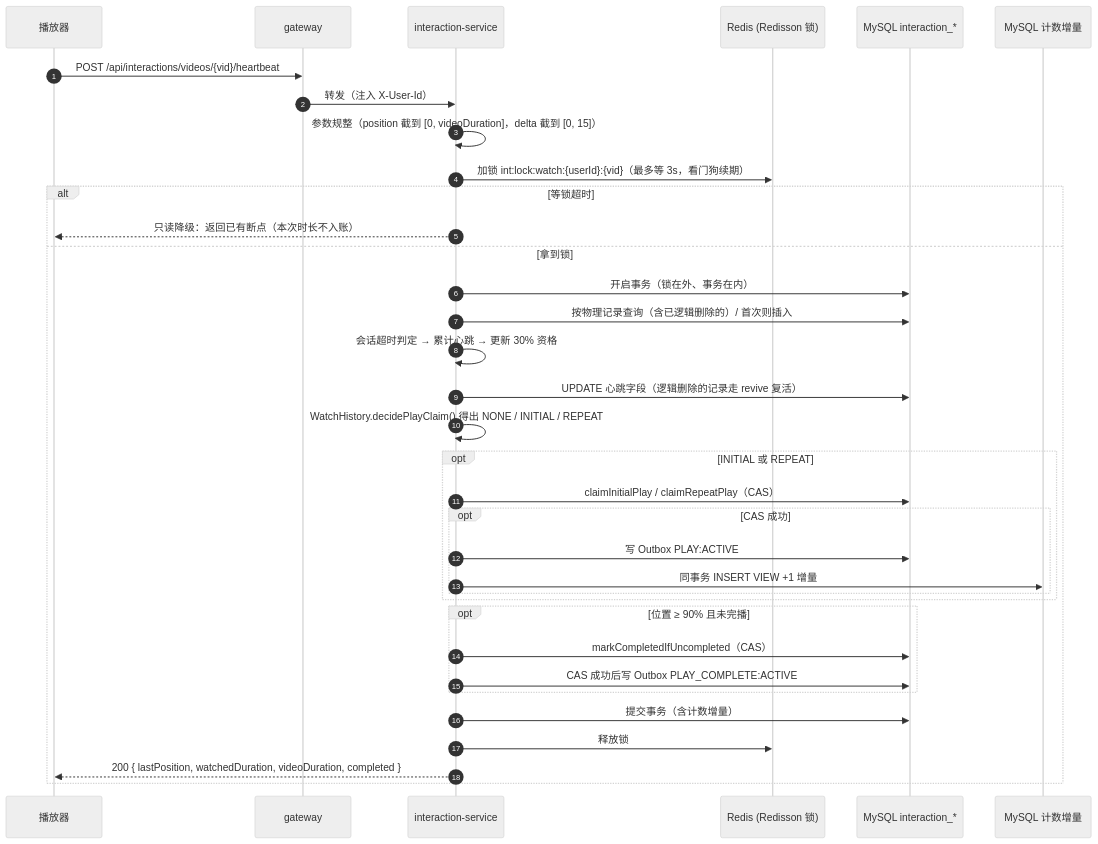
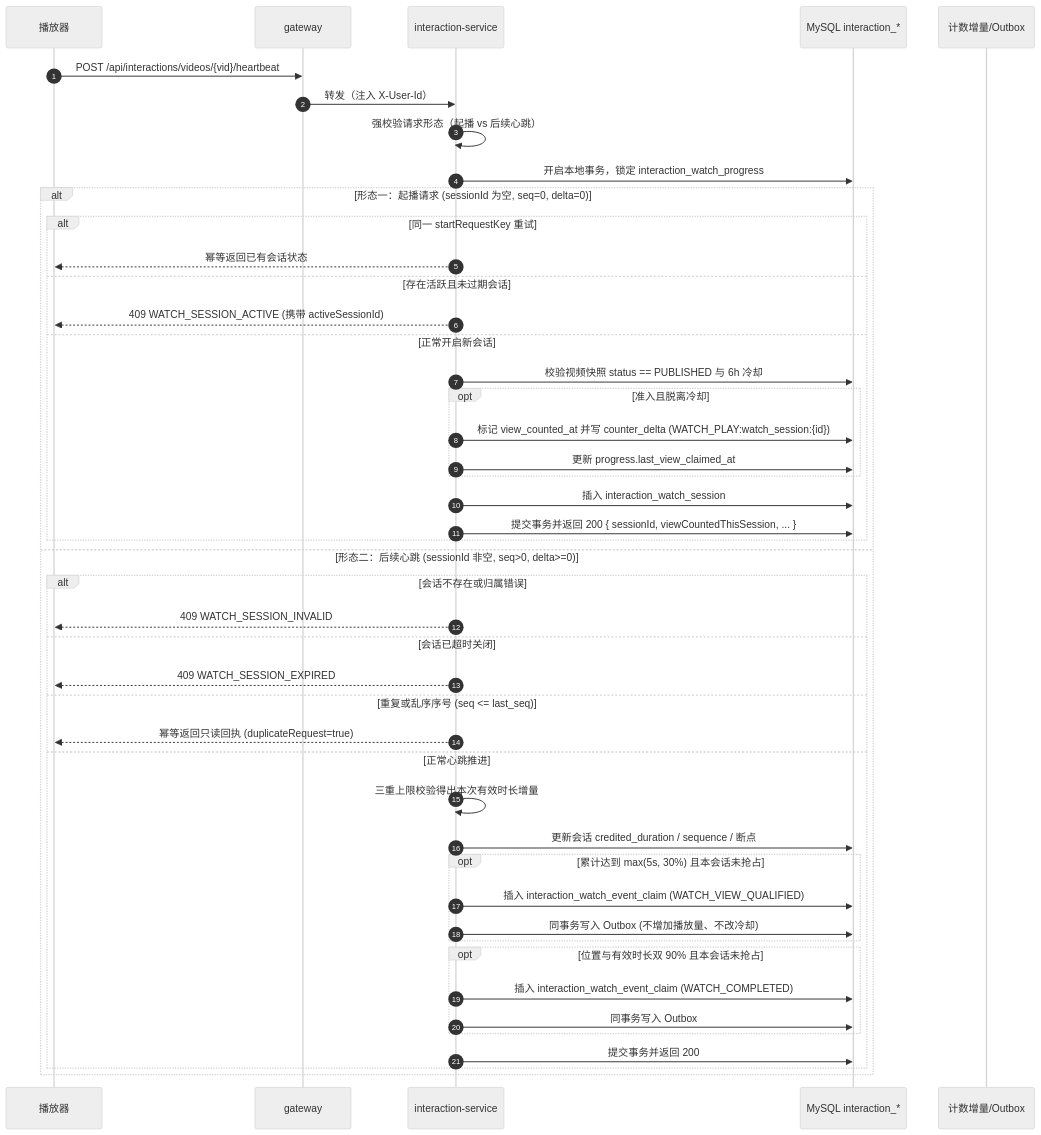
The first of 2 diagrams in docs/modules/interaction.md (fank-c/media-platform-rebuild), drawn with Mermaid (neutral theme) before and after one commit. The commit also changed other lines of this file and 98 other files, not shown here.

````diff
--- a/docs/modules/interaction.md
+++ b/docs/modules/interaction.md
@@ -159,38 +171,49 @@
 ```mermaid
 sequenceDiagram
     autonumber
     participant App as 播放器
     participant GW as gateway
     participant IS as interaction-service
-    participant Lock as Redis (Redisson 锁)
     participant DB as MySQL interaction_*
-    participant Cnt as MySQL 计数增量
+    participant Cnt as 计数增量/Outbox
 
     App->>GW: POST /api/interactions/videos/{vid}/heartbeat
     GW->>IS: 转发（注入 X-User-Id）
-    IS->>IS: 参数规整（position 截到 [0, videoDuration]，delta 截到 [0, 15]）
-    IS->>Lock: 加锁 int:lock:watch:{userId}:{vid}（最多等 3s，看门狗续期）
-    alt 等锁超时
-        IS-->>App: 只读降级：返回已有断点（本次时长不入账）
-    else 拿到锁
-        IS->>DB: 开启事务（锁在外、事务在内）
-        IS->>DB: 按物理记录查询（含已逻辑删除的）/ 首次则插入
-        IS->>IS: 会话超时判定 → 累计心跳 → 更新 30% 资格
-        IS->>DB: UPDATE 心跳字段（逻辑删除的记录走 revive 复活）
-        IS->>IS: WatchHistory.decidePlayClaim() 得出 NONE / INITIAL / REPEAT
-        opt INITIAL 或 REPEAT
-            IS->>DB: claimInitialPlay / claimRepeatPlay（CAS）
-            opt CAS 成功
-                IS->>DB: 写 Outbox PLAY:ACTIVE
-                IS->>Cnt: 同事务 INSERT VIEW +1 增量
+    IS->>IS: 强校验请求形态（起播 vs 后续心跳）
+    IS->>DB: 开启本地事务，锁定 interaction_watch_progress
+    alt 形态一：起播请求 (sessionId 为空, seq=0, delta=0)
+        alt 同一 startRequestKey 重试
+            IS-->>App: 幂等返回已有会话状态
+        else 存在活跃且未过期会话
+            IS-->>App: 409 WATCH_SESSION_ACTIVE (携带 activeSessionId)
+        else 正常开启新会话
+            IS->>DB: 校验视频快照 status == PUBLISHED 与 6h 冷却
+            opt 准入且脱离冷却
+                IS->>DB: 标记 view_counted_at 并写 counter_delta (WATCH_PLAY:watch_session:{id})
+                IS->>DB: 更新 progress.last_view_claimed_at
             end
+            IS->>DB: 插入 interaction_watch_session
+            IS->>DB: 提交事务并返回 200 { sessionId, viewCountedThisSession, ... }
         end
-        opt 位置 ≥ 90% 且未完播
-            IS->>DB: markCompletedIfUncompleted（CAS）
-            IS->>DB: CAS 成功后写 Outbox PLAY_COMPLETE:ACTIVE
+    else 形态二：后续心跳 (sessionId 非空, seq>0, delta>=0)
+        alt 会话不存在或归属错误
+            IS-->>App: 409 WATCH_SESSION_INVALID
+        else 会话已超时关闭
+            IS-->>App: 409 WATCH_SESSION_EXPIRED
+        else 重复或乱序序号 (seq <= last_seq)
+            IS-->>App: 幂等返回只读回执 (duplicateRequest=true)
+        else 正常心跳推进
+            IS->>IS: 三重上限校验得出本次有效时长增量
+            IS->>DB: 更新会话 credited_duration / sequence / 断点
+            opt 累计达到 max(5s, 30%) 且本会话未抢占
+                IS->>DB: 插入 interaction_watch_event_claim (WATCH_VIEW_QUALIFIED)
+                IS->>DB: 同事务写入 Outbox (不增加播放量、不改冷却)
+            end
+            opt 位置与有效时长双 90% 且本会话未抢占
+                IS->>DB: 插入 interaction_watch_event_claim (WATCH_COMPLETED)
+                IS->>DB: 同事务写入 Outbox
+            end
+            IS->>DB: 提交事务并返回 200
         end
-        IS->>DB: 提交事务（含计数增量）
-        IS->>Lock: 释放锁
-        IS-->>App: 200 { lastPosition, watchedDuration, videoDuration, completed }
     end
 ```
````
